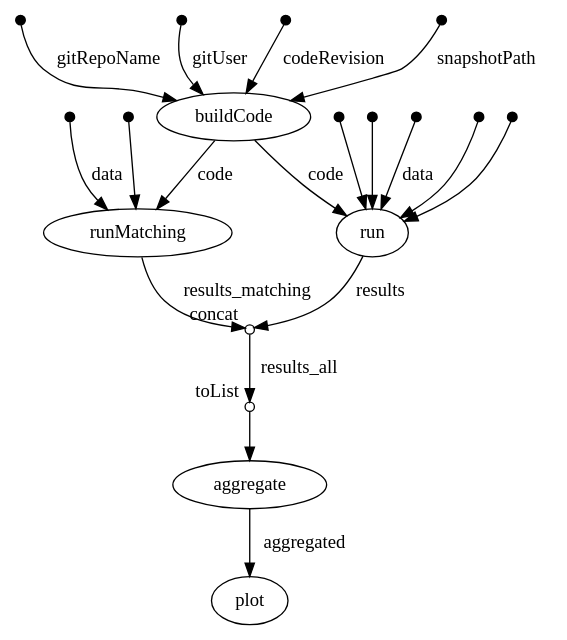
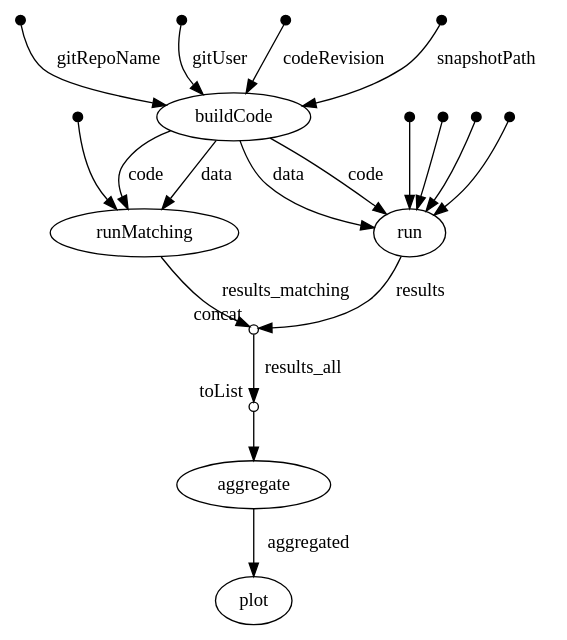
Before and after one commit to UBC-Stat-ML/bl-vpt-nextflow: the diagram in dag.dot, drawn with Graphviz. The commit also changed 16 other files, not shown here.

```diff
--- a/dag.dot
+++ b/dag.dot
@@ -1,74 +1,74 @@
 digraph "dag" {
 p0 [shape=point,label="",fixedsize=true,width=0.1];
 p4 [label="buildCode"];
 p0 -> p4 [label="gitRepoName"];
 
 p1 [shape=point,label="",fixedsize=true,width=0.1];
 p4 [label="buildCode"];
 p1 -> p4 [label="gitUser"];
 
 p2 [shape=point,label="",fixedsize=true,width=0.1];
 p4 [label="buildCode"];
 p2 -> p4 [label="codeRevision"];
 
 p3 [shape=point,label="",fixedsize=true,width=0.1];
 p4 [label="buildCode"];
 p3 -> p4 [label="snapshotPath"];
 
 p4 [label="buildCode"];
-p10 [label="run"];
-p4 -> p10 [label="code"];
+p9 [label="run"];
+p4 -> p9 [label="code"];
+
+p4 [label="buildCode"];
+p9 [label="run"];
+p4 -> p9 [label="data"];
 
 p5 [shape=point,label="",fixedsize=true,width=0.1];
-p10 [label="run"];
-p5 -> p10;
+p9 [label="run"];
+p5 -> p9;
 
 p6 [shape=point,label="",fixedsize=true,width=0.1];
-p10 [label="run"];
-p6 -> p10;
+p9 [label="run"];
+p6 -> p9;
 
 p7 [shape=point,label="",fixedsize=true,width=0.1];
-p10 [label="run"];
-p7 -> p10;
+p9 [label="run"];
+p7 -> p9;
 
 p8 [shape=point,label="",fixedsize=true,width=0.1];
-p10 [label="run"];
-p8 -> p10;
+p9 [label="run"];
+p8 -> p9;
 
-p9 [shape=point,label="",fixedsize=true,width=0.1];
-p10 [label="run"];
-p9 -> p10 [label="data"];
+p9 [label="run"];
+p12 [shape=circle,label="",fixedsize=true,width=0.1,xlabel="concat"];
+p9 -> p12 [label="results"];
 
-p10 [label="run"];
-p14 [shape=circle,label="",fixedsize=true,width=0.1,xlabel="concat"];
-p10 -> p14 [label="results"];
-
-p11 [shape=point,label="",fixedsize=true,width=0.1];
-p13 [label="runMatching"];
-p11 -> p13;
+p10 [shape=point,label="",fixedsize=true,width=0.1];
+p11 [label="runMatching"];
+p10 -> p11;
 
 p4 [label="buildCode"];
-p13 [label="runMatching"];
-p4 -> p13 [label="code"];
+p11 [label="runMatching"];
+p4 -> p11 [label="code"];
 
-p12 [shape=point,label="",fixedsize=true,width=0.1];
-p13 [label="runMatching"];
-p12 -> p13 [label="data"];
+p4 [label="buildCode"];
+p11 [label="runMatching"];
+p4 -> p11 [label="data"];
 
-p13 [label="runMatching"];
-p14 [shape=circle,label="",fixedsize=true,width=0.1,xlabel="concat"];
-p13 -> p14 [label="results_matching"];
+p11 [label="runMatching"];
+p12 [shape=circle,label="",fixedsize=true,width=0.1,xlabel="concat"];
+p11 -> p12 [label="results_matching"];
 
-p14 [shape=circle,label="",fixedsize=true,width=0.1,xlabel="concat"];
-p15 [shape=circle,label="",fixedsize=true,width=0.1,xlabel="toList"];
-p14 -> p15 [label="results_all"];
+p12 [shape=circle,label="",fixedsize=true,width=0.1,xlabel="concat"];
+p13 [shape=circle,label="",fixedsize=true,width=0.1,xlabel="toList"];
+p12 -> p13 [label="results_all"];
 
-p15 [shape=circle,label="",fixedsize=true,width=0.1,xlabel="toList"];
-p16 [label="aggregate"];
-p15 -> p16;
+p13 [shape=circle,label="",fixedsize=true,width=0.1,xlabel="toList"];
+p14 [label="aggregate"];
+p13 -> p14;
 
-p16 [label="aggregate"];
-p17 [label="plot"];
-p16 -> p17 [label="aggregated"];
+p14 [label="aggregate"];
+p15 [label="plot"];
+p14 -> p15 [label="aggregated"];
 
 }
```
